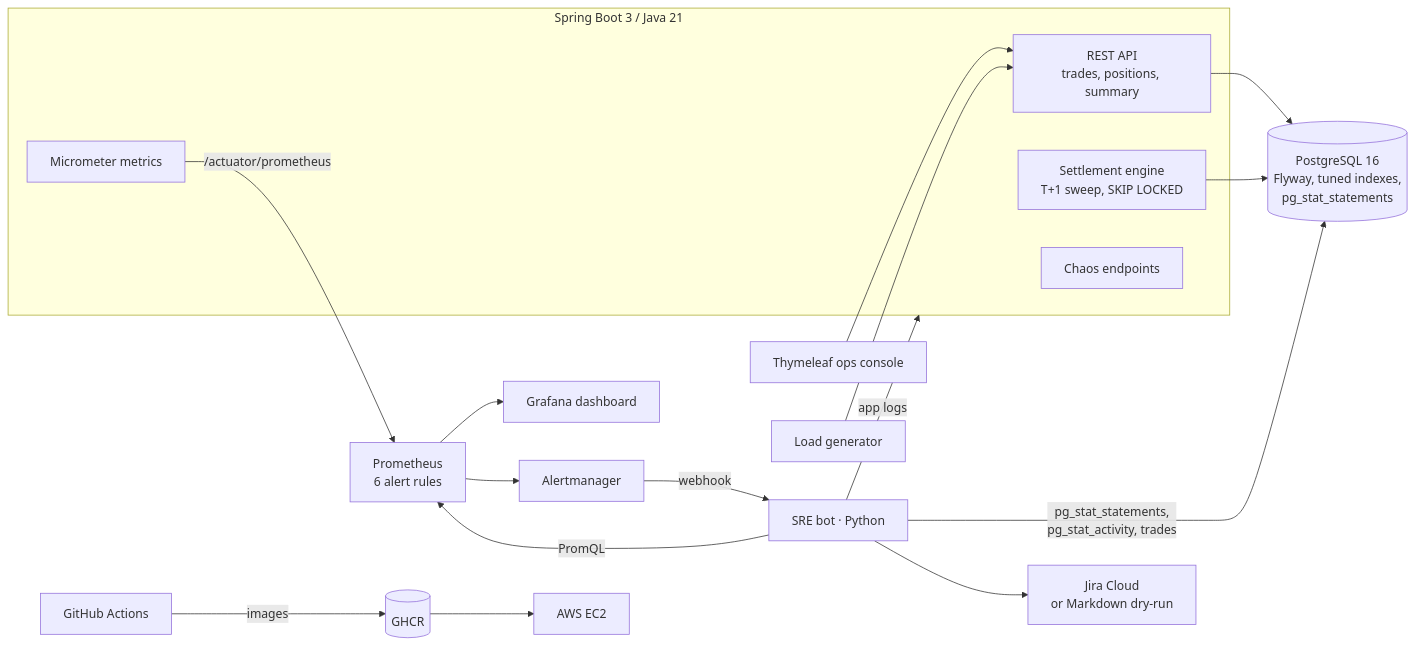
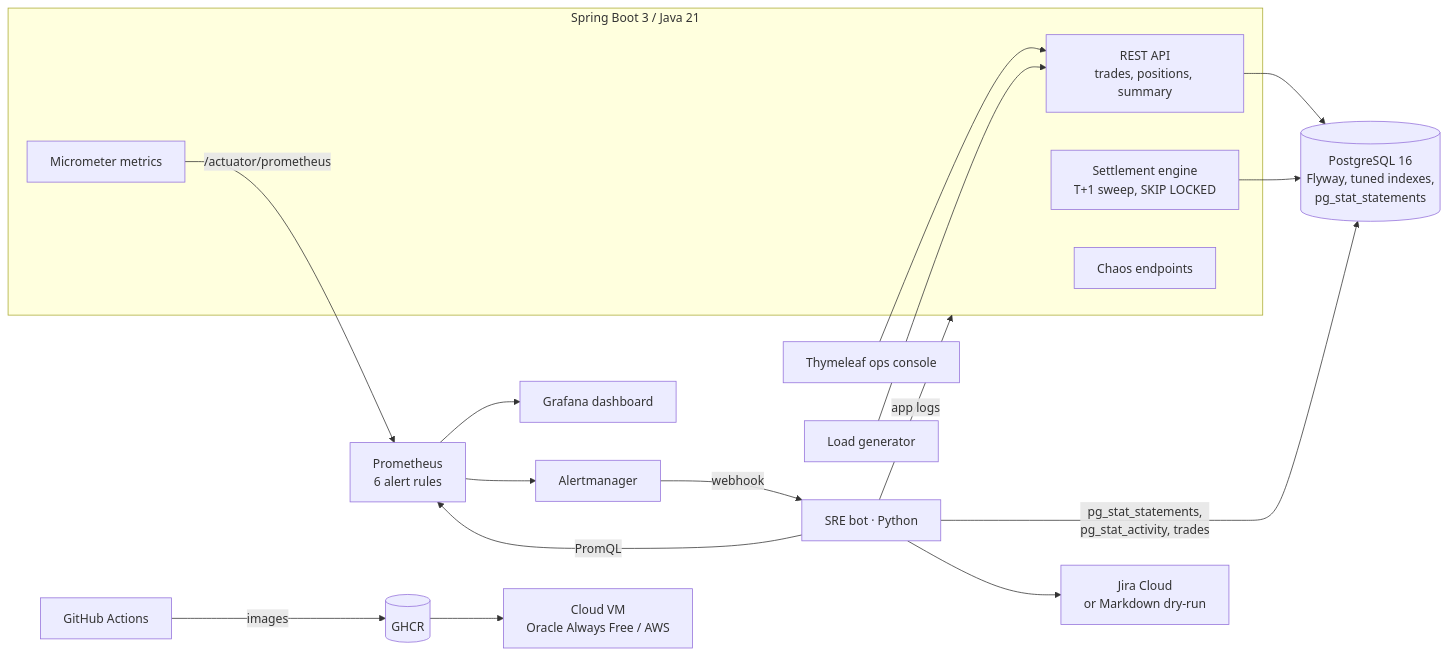
One commit to nagajaideep/settlewatch changed the diagram in README.md. Above: the diagram before and after it, drawn with Mermaid. The commit also changed other lines of this file and 5 other files, not shown here.

First line of the commit message:
Free deployment: multi-arch images and Oracle Cloud Always Free guide

````diff
--- a/README.md
+++ b/README.md
@@ -24,22 +24,22 @@
 ```mermaid
 flowchart LR
     UI[Thymeleaf ops console] --> API
     LG[Load generator] --> API
     subgraph App["Spring Boot 3 / Java 21"]
         API[REST API<br/>trades, positions, summary]
         ENG[Settlement engine<br/>T+1 sweep, SKIP LOCKED]
         CH[Chaos endpoints]
         MET[Micrometer metrics]
     end
     API --> PG[(PostgreSQL 16<br/>Flyway, tuned indexes,<br/>pg_stat_statements)]
     ENG --> PG
     MET -- /actuator/prometheus --> PR[Prometheus<br/>6 alert rules]
     PR --> GF[Grafana dashboard]
     PR --> AM[Alertmanager]
     AM -- webhook --> BOT[SRE bot · Python]
     BOT -- PromQL --> PR
     BOT -- pg_stat_statements,<br/>pg_stat_activity, trades --> PG
     BOT -- app logs --> App
     BOT --> JIRA[Jira Cloud<br/>or Markdown dry-run]
-    GH[GitHub Actions] -- images --> GHCR[(GHCR)] --> EC2[AWS EC2]
+    GH[GitHub Actions] -- images --> GHCR[(GHCR)] --> VM[Cloud VM<br/>Oracle Always Free / AWS]
 ```
````
